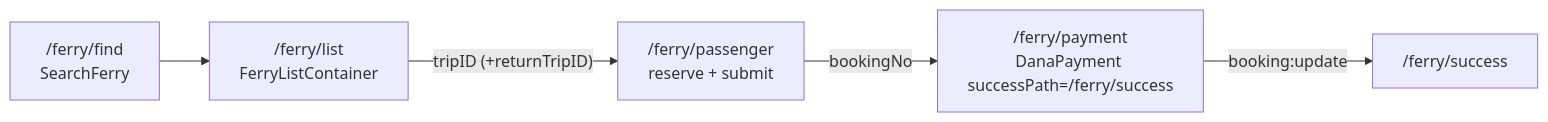
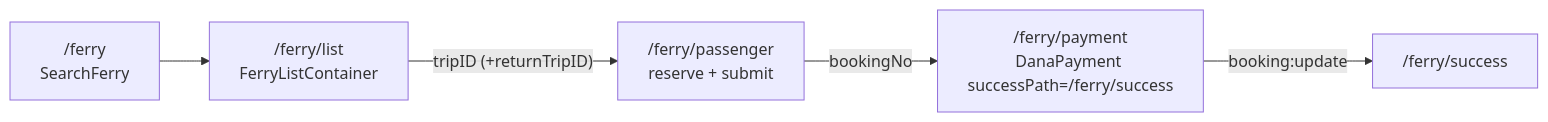
The third of 4 diagrams in specs/04-USER-FLOWS.md (alvianzf/tiket-FE), drawn with Mermaid before and after one commit. The commit also changed other lines of this file and 14 other files, not shown here.

````diff
--- a/specs/04-USER-FLOWS.md
+++ b/specs/04-USER-FLOWS.md
@@ -95,7 +95,7 @@
 ```mermaid
 flowchart LR
-    FA["/ferry/find\nSearchFerry"] --> FB["/ferry/list\nFerryListContainer"]
+    FA["/ferry\nSearchFerry"] --> FB["/ferry/list\nFerryListContainer"]
     FB -->|"tripID (+returnTripID)"| FC["/ferry/passenger\nreserve + submit"]
     FC -->|bookingNo| FD["/ferry/payment\nDanaPayment successPath=/ferry/success"]
     FD -->|"booking:update"| FE["/ferry/success"]
 ```
````
